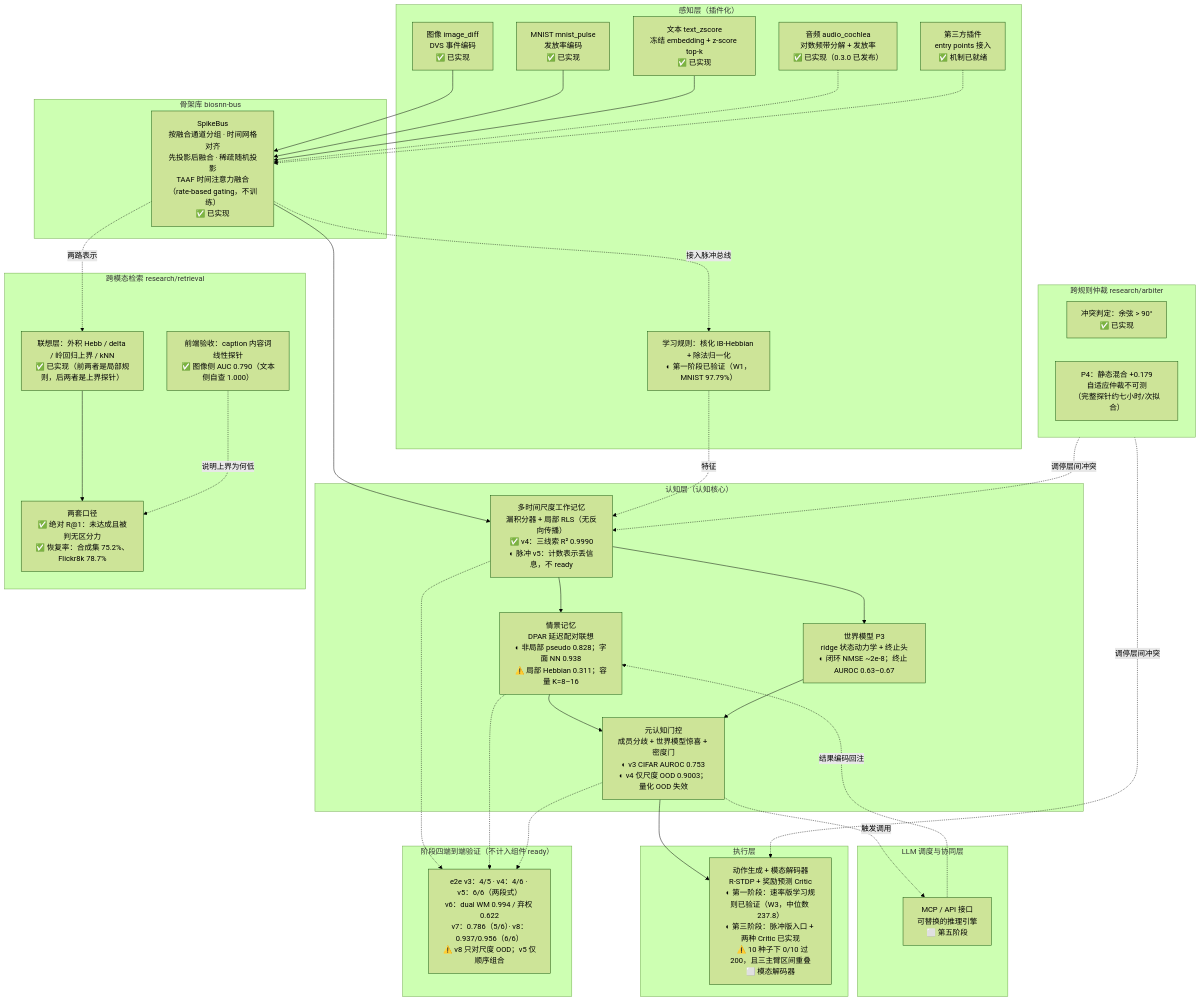
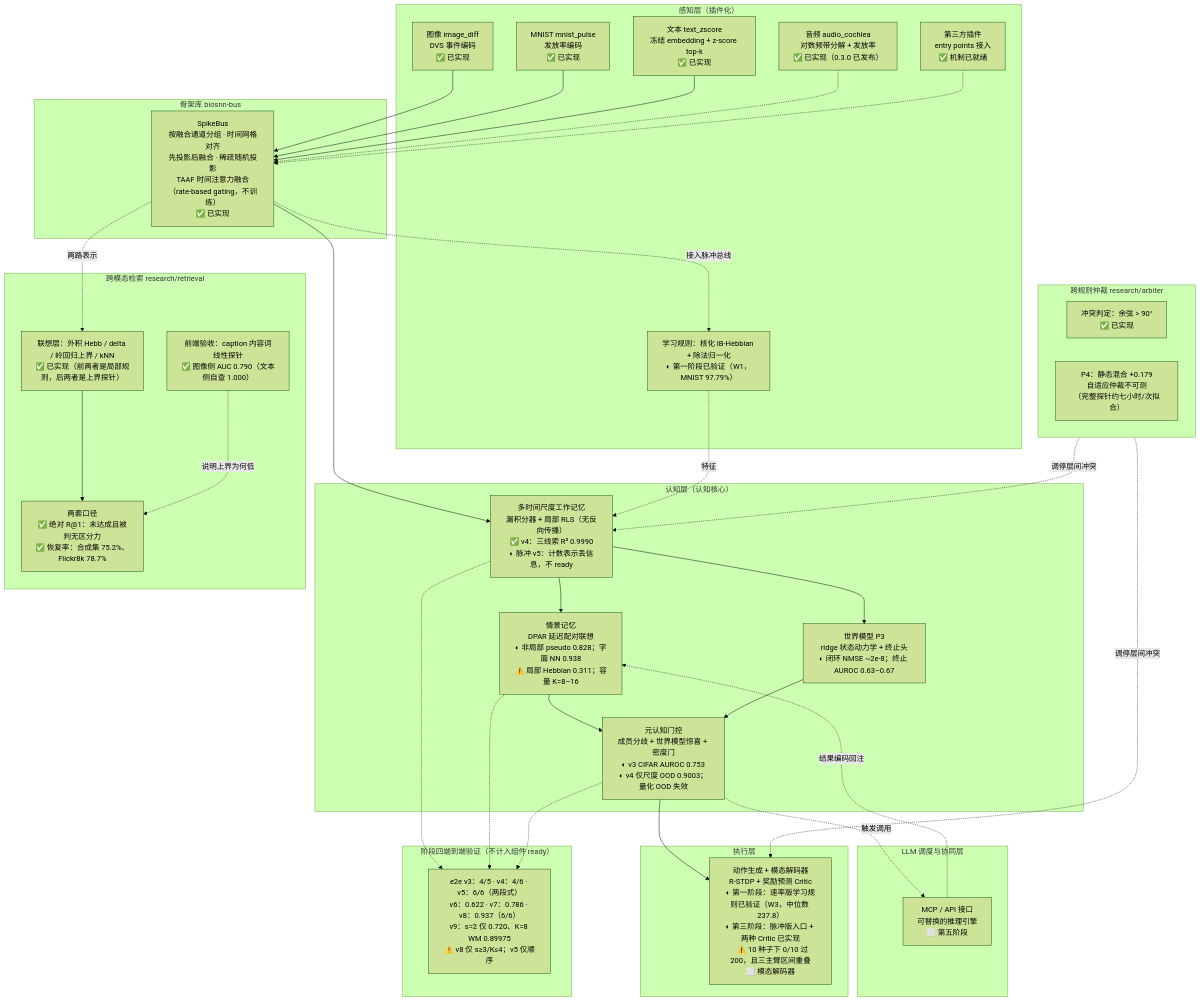
One commit to lzmd-arch/BioSNN-Plug changed the diagram in README.md. Above: the diagram before and after it, drawn with Mermaid (forest theme). The commit also changed other lines of this file and 8 other files, not shown here.

````diff
--- a/README.md
+++ b/README.md
@@ -125,71 +125,71 @@
 ```mermaid
 flowchart TB
     subgraph L5["LLM 调度与协同层"]
         MCP["MCP / API 接口<br/>可替换的推理引擎<br/>⬜ 第五阶段"]
     end
 
     subgraph L4["执行层"]
         ACT["动作生成 + 模态解码器<br/>R-STDP + 奖励预测 Critic<br/>◐ 第一阶段：速率版学习规则已验证（W3，中位数 237.8）<br/>◐ 第三阶段：脉冲版入口 + 两种 Critic 已实现<br/>&nbsp;&nbsp;&nbsp;⚠️ 10 种子下 0/10 过 200，且三主臂区间重叠<br/>⬜ 模态解码器"]
     end
 
     subgraph L3["认知层（认知核心）"]
         WM["多时间尺度工作记忆<br/>漏积分器 + 局部 RLS（无反向传播）<br/>✅ v4：三线索 R² 0.9990<br/>◐ 脉冲 v5：计数表示丢信息，不 ready"]
         EM["情景记忆<br/>DPAR 延迟配对联想<br/>◐ 非局部 pseudo 0.828；字面 NN 0.938<br/>⚠️ 局部 Hebbian 0.311；容量 K=8–16"]
         MG["元认知门控<br/>成员分歧 + 世界模型惊喜 + 密度门<br/>◐ v3 CIFAR AUROC 0.753<br/>◐ v4 仅尺度 OOD 0.9003；量化 OOD 失效"]
         WMODEL["世界模型 P3<br/>ridge 状态动力学 + 终止头<br/>◐ 闭环 NMSE ~2e-8；终止 AUROC 0.63–0.67"]
     end
 
     subgraph ARB["跨规则仲裁 research/arbiter"]
         CF["冲突判定：余弦 > 90°<br/>✅ 已实现"]
         ES["P4：静态混合 +0.179<br/>自适应仲裁不可测<br/>（完整探针约七小时/次拟合）"]
     end
 
     subgraph L2["骨架库 biosnn-bus"]
         BUS["SpikeBus<br/>按融合通道分组 · 时间网格对齐<br/>先投影后融合 · 稀疏随机投影<br/>TAAF 时间注意力融合（rate-based gating，不训练）<br/>✅ 已实现"]
     end
 
     subgraph L1["感知层（插件化）"]
         IMG["图像 image_diff<br/>DVS 事件编码<br/>✅ 已实现"]
         MN["MNIST mnist_pulse<br/>发放率编码<br/>✅ 已实现"]
         TXT["文本 text_zscore<br/>冻结 embedding + z-score top-k<br/>✅ 已实现"]
         AUD["音频 audio_cochlea<br/>对数频带分解 + 发放率<br/>✅ 已实现（0.3.0 已发布）"]
         THIRD["第三方插件<br/>entry points 接入<br/>✅ 机制已就绪"]
         HEB["学习规则：核化 IB-Hebbian + 除法归一化<br/>◐ 第一阶段已验证（W1，MNIST 97.79%）"]
     end
 
     IMG --> BUS
     MN --> BUS
     TXT --> BUS
     AUD -.-> BUS
     THIRD -.-> BUS
 
     BUS --> WM
     BUS -.->|接入脉冲总线| HEB
     HEB -.->|特征| WM
     WM --> EM
     WM --> WMODEL
     EM --> MG
     WMODEL --> MG
     MG --> ACT
     MG -.->|触发调用| MCP
     MCP -.->|结果编码回注| EM
     ARB -.->|调停层间冲突| WM
     ARB -.->|调停层间冲突| ACT
 
     subgraph W4["跨模态检索 research/retrieval"]
         FAC["联想层：外积 Hebb / delta / 岭回归上界 / kNN<br/>✅ 已实现（前两者是局部规则，后两者是上界探针）"]
         CRIT["两套口径<br/>✅ 绝对 R@1：未达成且被判无区分力<br/>✅ 恢复率：合成集 75.2%、Flickr8k 78.7%"]
         FE["前端验收：caption 内容词线性探针<br/>✅ 图像侧 AUC 0.790（文本侧自查 1.000）"]
     end
 
     BUS -.->|两路表示| FAC
     FAC --> CRIT
     FE -.->|说明上界为何低| CRIT
 
     subgraph S4["阶段四端到端验证（不计入组件 ready）"]
-        E2E["e2e v3：4/5 · v4：4/6 · v5：6/6（两段式）<br/>v6：dual WM 0.994 / 弃权 0.622<br/>v7：0.786（5/6）· v8：0.937/0.956（6/6）<br/>⚠️ v8 只对尺度 OOD；v5 仅顺序组合"]
+        E2E["e2e v3：4/5 · v4：4/6 · v5：6/6（两段式）<br/>v6：0.622 · v7：0.786 · v8：0.937（6/6）<br/>v9：s=2 仅 0.720、K=8 WM 0.89975<br/>⚠️ v8 仅 s≥3/K≤4；v5 仅顺序"]
     end
     WM -.-> E2E
     EM -.-> E2E
     MG -.-> E2E
 ```
````
